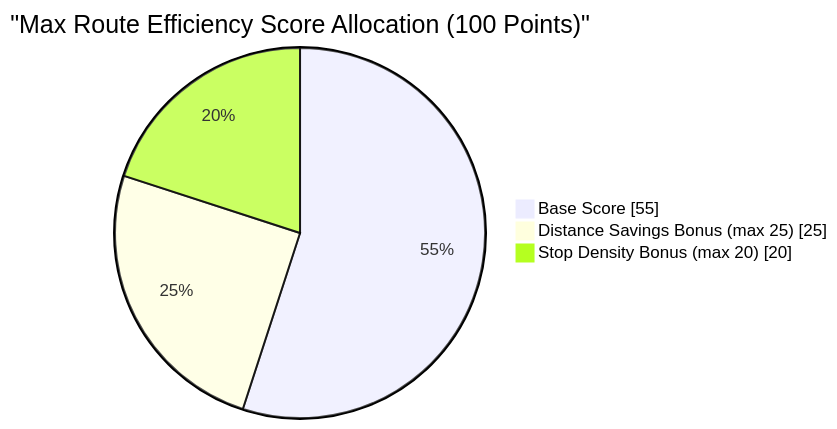
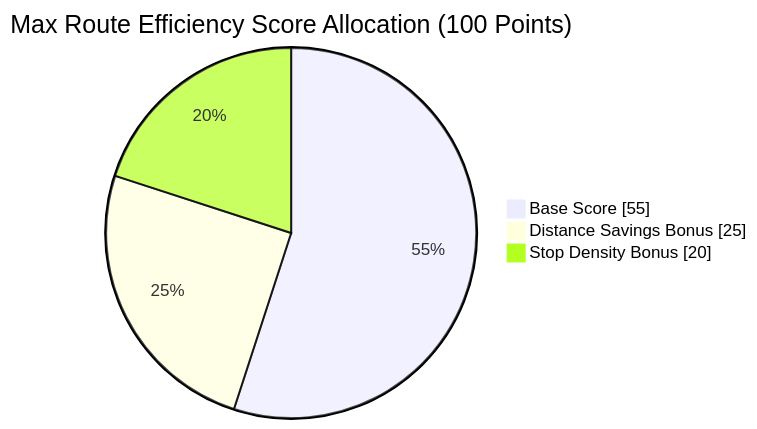
The fourth of 4 diagrams in README.md (madhanmohanreddyperam06/MinRoute), drawn with Mermaid before and after one commit. The commit also changed other lines of this file, not shown here.

````diff
--- a/README.md
+++ b/README.md
@@ -230,7 +200,7 @@
 ```mermaid
 pie showData
-    title "Max Route Efficiency Score Allocation (100 Points)"
+    title Max Route Efficiency Score Allocation (100 Points)
     "Base Score" : 55
-    "Distance Savings Bonus (max 25)" : 25
-    "Stop Density Bonus (max 20)" : 20
+    "Distance Savings Bonus" : 25
+    "Stop Density Bonus" : 20
 ```
````
